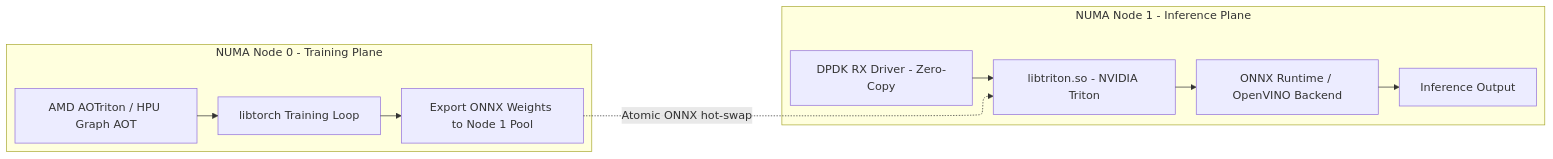
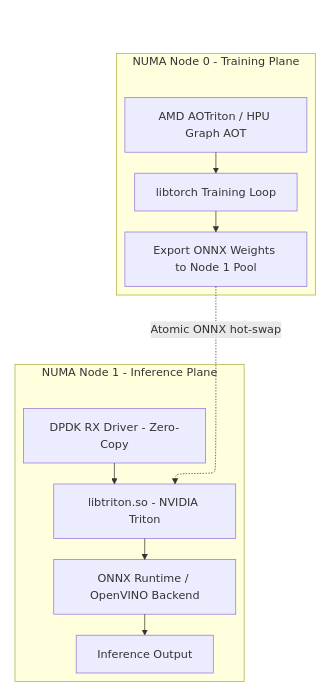
The diagram in images/diagrams/numa_node_isolation.mmd (TheAlchemistNerd/PesaLink-Fraud-Detection-Overview), drawn with Mermaid before and after one commit. The commit also changed 1 other file, not shown here.

Commit message:
style: sync NUMA diagram top-down flow

```diff
--- a/images/diagrams/numa_node_isolation.mmd
+++ b/images/diagrams/numa_node_isolation.mmd
@@ -1,14 +1,18 @@
 %%{init: {"flowchart": {"defaultRenderer": "elk"}} }%%
-flowchart LR
-    subgraph N0 [NUMA Node 0 - Training Plane]
-        direction TD
-        T1[AMD AOTriton / HPU Graph AOT] --> T2[libtorch Training Loop]
-        T2 --> T3[Export ONNX Weights to Node 1 Pool]
-    end
-    subgraph N1 [NUMA Node 1 - Inference Plane]
-        direction TD
-        I1[DPDK RX Driver - Zero-Copy] --> I2[libtriton.so - NVIDIA Triton]
-        I2 --> I3[ONNX Runtime / OpenVINO Backend]
-        I3 --> I4[Inference Output]
+flowchart TD
+    subgraph Wrap [ ]
+        direction LR
+        subgraph N0 [NUMA Node 0 - Training Plane]
+            direction TD
+            T1[AMD AOTriton / HPU Graph AOT] --> T2[libtorch Training Loop]
+            T2 --> T3[Export ONNX Weights to Node 1 Pool]
+        end
+        subgraph N1 [NUMA Node 1 - Inference Plane]
+            direction TD
+            I1[DPDK RX Driver - Zero-Copy] --> I2[libtriton.so - NVIDIA Triton]
+            I2 --> I3[ONNX Runtime / OpenVINO Backend]
+            I3 --> I4[Inference Output]
+        end
     end
     T3 -..->|Atomic ONNX hot-swap| I2
+    style Wrap fill:none,stroke:none,color:transparent
```
